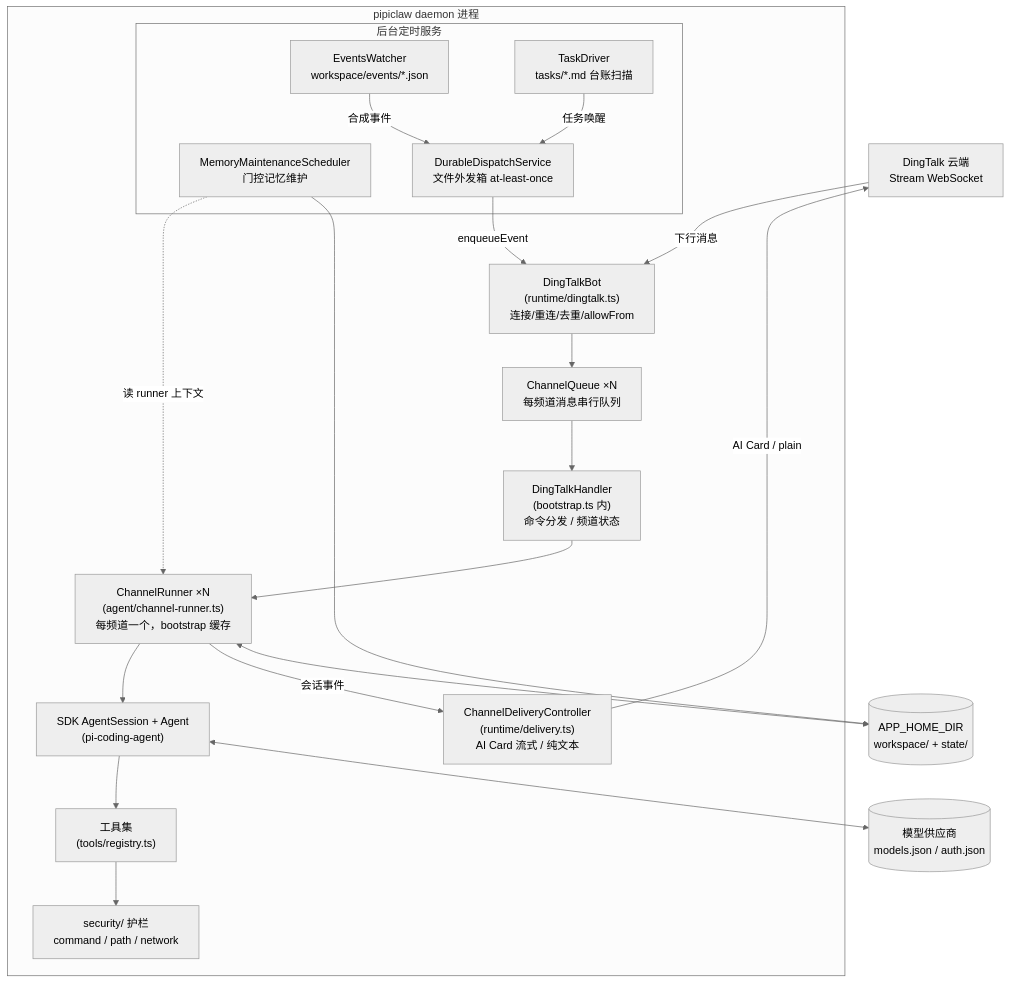
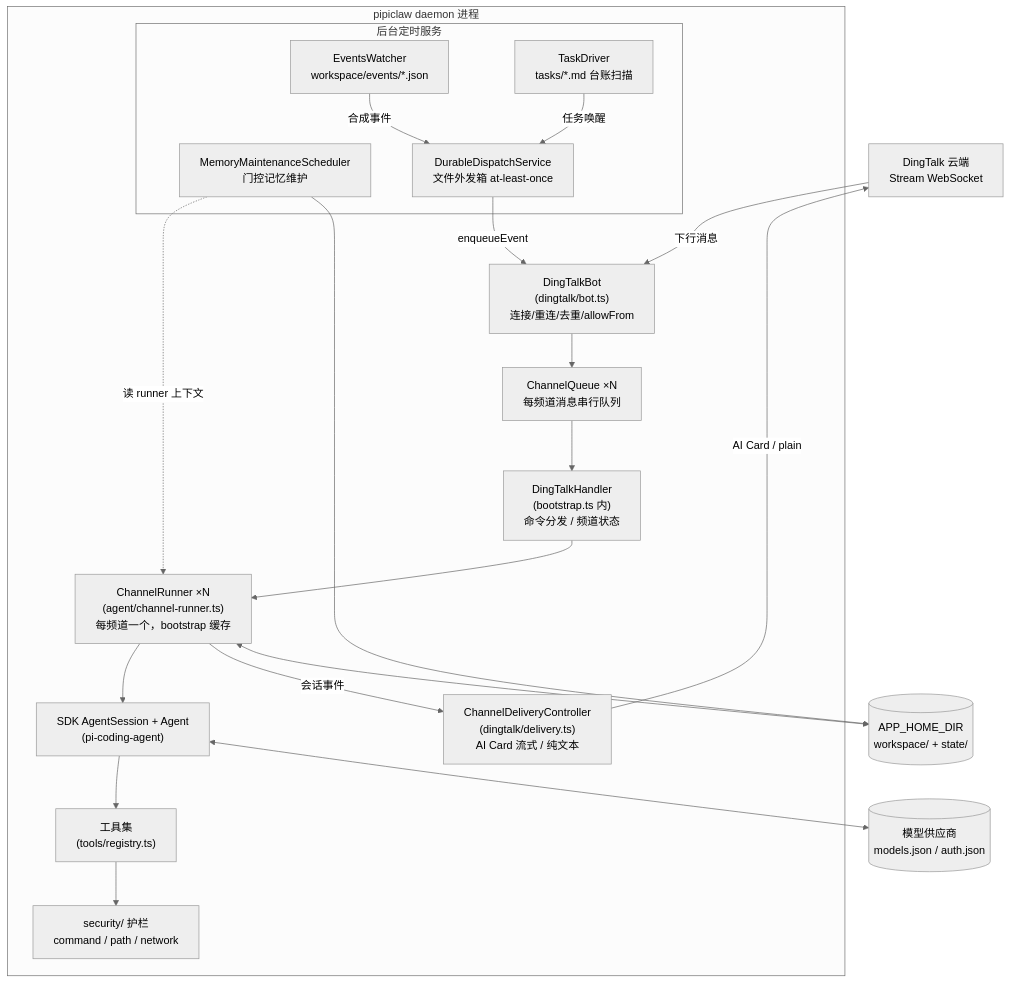
The first of 4 diagrams in docs/architecture.md (oyasmi/pipiclaw), drawn with Mermaid (neutral theme) before and after one commit. The commit also changed other lines of this file and 49 other files, not shown here.

````diff
--- a/docs/architecture.md
+++ b/docs/architecture.md
@@ -55,36 +57,36 @@
 ```mermaid
 flowchart TB
     DT[DingTalk 云端<br/>Stream WebSocket]
 
     subgraph daemon [pipiclaw daemon 进程]
-        BOT["DingTalkBot<br/>(runtime/dingtalk.ts)<br/>连接/重连/去重/allowFrom"]
+        BOT["DingTalkBot<br/>(dingtalk/bot.ts)<br/>连接/重连/去重/allowFrom"]
         CQ["ChannelQueue ×N<br/>每频道消息串行队列"]
         HANDLER["DingTalkHandler<br/>(bootstrap.ts 内)<br/>命令分发 / 频道状态"]
         RUNNER["ChannelRunner ×N<br/>(agent/channel-runner.ts)<br/>每频道一个，bootstrap 缓存"]
         SESSION["SDK AgentSession + Agent<br/>(pi-coding-agent)"]
         TOOLS["工具集<br/>(tools/registry.ts)"]
         SEC["security/ 护栏<br/>command / path / network"]
-        DELIVERY["ChannelDeliveryController<br/>(runtime/delivery.ts)<br/>AI Card 流式 / 纯文本"]
+        DELIVERY["ChannelDeliveryController<br/>(dingtalk/delivery.ts)<br/>AI Card 流式 / 纯文本"]
 
         subgraph bg [后台定时服务]
             EW["EventsWatcher<br/>workspace/events/*.json"]
             TD["TaskDriver<br/>tasks/*.md 台账扫描"]
             MMS["MemoryMaintenanceScheduler<br/>门控记忆维护"]
             DD["DurableDispatchService<br/>文件外发箱 at-least-once"]
         end
     end
 
     LLM[(模型供应商<br/>models.json / auth.json)]
     FS[(APP_HOME_DIR<br/>workspace/ + state/)]
 
     DT -->|下行消息| BOT --> CQ --> HANDLER --> RUNNER --> SESSION
     SESSION --> TOOLS --> SEC
     SESSION <--> LLM
     RUNNER -->|会话事件| DELIVERY -->|AI Card / plain| DT
     EW -->|合成事件| DD
     TD -->|任务唤醒| DD
     DD -->|enqueueEvent| BOT
     MMS -.->|读 runner 上下文| RUNNER
     MMS --> FS
     RUNNER <--> FS
 ```
````
